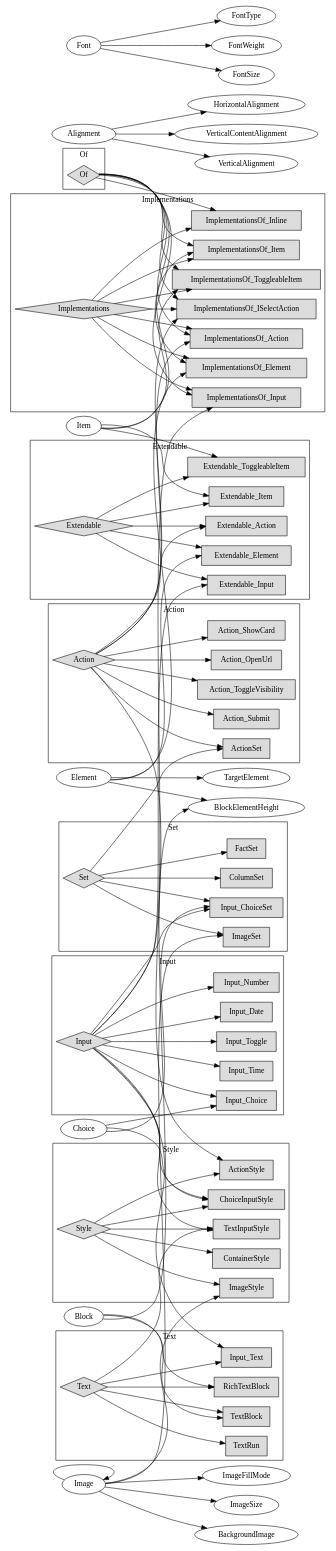
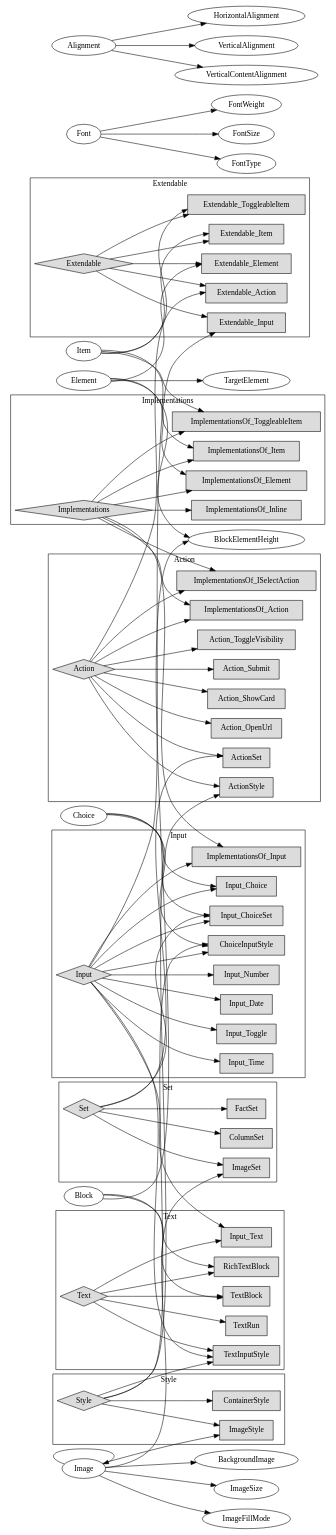
Before and after one commit to nathan-chappell/notes-on-bots: the diagram in sketches/botbuilder_schema_analysis/graph.gv, drawn with Graphviz. The commit also changed 3 other files, not shown here.

```diff
--- a/sketches/botbuilder_schema_analysis/graph.gv
+++ b/sketches/botbuilder_schema_analysis/graph.gv
@@ -5,46 +5,6 @@
     label=highIndegree
     node [style=filled, fillcolor=darkkhaki]
     
-  }
-  
-  
-  subgraph cluster_Implementations {
-    label=Implementations
-    node [style=filled, fillcolor=gainsboro]
-    Implementations [shape=diamond]
-    ImplementationsOf_Item [shape=box]
-    ImplementationsOf_Action [shape=box]
-    ImplementationsOf_ISelectAction [shape=box]
-    ImplementationsOf_Element [shape=box]
-    ImplementationsOf_ToggleableItem [shape=box]
-    ImplementationsOf_Inline [shape=box]
-    ImplementationsOf_Input [shape=box]
-  }
-  
-  
-  subgraph cluster_Style {
-    label=Style
-    node [style=filled, fillcolor=gainsboro]
-    Style [shape=diamond]
-    ActionStyle [shape=box]
-    ChoiceInputStyle [shape=box]
-    ContainerStyle [shape=box]
-    ImageStyle [shape=box]
-    TextInputStyle [shape=box]
-  }
-  
-  
-  subgraph cluster_Of {
-    label=Of
-    node [style=filled, fillcolor=gainsboro]
-    Of [shape=diamond]
-    ImplementationsOf_Item [shape=box]
-    ImplementationsOf_Action [shape=box]
-    ImplementationsOf_ISelectAction [shape=box]
-    ImplementationsOf_Element [shape=box]
-    ImplementationsOf_ToggleableItem [shape=box]
-    ImplementationsOf_Inline [shape=box]
-    ImplementationsOf_Input [shape=box]
   }
   
   
@@ -72,6 +32,24 @@
   }
   
   
+  subgraph cluster_Input {
+    label=Input
+    node [style=filled, fillcolor=gainsboro]
+    Input [shape=diamond]
+    Input_Choice [shape=box]
+    Input_ChoiceSet [shape=box]
+    Input_Date [shape=box]
+    Input_Number [shape=box]
+    Input_Text [shape=box]
+    Input_Time [shape=box]
+    Input_Toggle [shape=box]
+    ChoiceInputStyle [shape=box]
+    TextInputStyle [shape=box]
+    ImplementationsOf_Input [shape=box]
+    Extendable_Input [shape=box]
+  }
+  
+  
   subgraph cluster_Action {
     label=Action
     node [style=filled, fillcolor=gainsboro]
@@ -88,6 +66,18 @@
   }
   
   
+  subgraph cluster_Style {
+    label=Style
+    node [style=filled, fillcolor=gainsboro]
+    Style [shape=diamond]
+    ActionStyle [shape=box]
+    ChoiceInputStyle [shape=box]
+    ContainerStyle [shape=box]
+    ImageStyle [shape=box]
+    TextInputStyle [shape=box]
+  }
+  
+  
   subgraph cluster_Set {
     label=Set
     node [style=filled, fillcolor=gainsboro]
@@ -100,117 +90,105 @@
   }
   
   
-  subgraph cluster_Input {
-    label=Input
+  subgraph cluster_Implementations {
+    label=Implementations
     node [style=filled, fillcolor=gainsboro]
-    Input [shape=diamond]
-    Input_Choice [shape=box]
-    Input_ChoiceSet [shape=box]
-    Input_Date [shape=box]
-    Input_Number [shape=box]
-    Input_Text [shape=box]
-    Input_Time [shape=box]
-    Input_Toggle [shape=box]
-    ChoiceInputStyle [shape=box]
-    TextInputStyle [shape=box]
+    Implementations [shape=diamond]
+    ImplementationsOf_Item [shape=box]
+    ImplementationsOf_Action [shape=box]
+    ImplementationsOf_ISelectAction [shape=box]
+    ImplementationsOf_Element [shape=box]
+    ImplementationsOf_ToggleableItem [shape=box]
+    ImplementationsOf_Inline [shape=box]
     ImplementationsOf_Input [shape=box]
-    Extendable_Input [shape=box]
   }
-  //Implementations
-  Implementations -> ImplementationsOf_Input
-  Implementations -> ImplementationsOf_ToggleableItem
-  Implementations -> ImplementationsOf_ISelectAction
-  Implementations -> ImplementationsOf_Action
-  Implementations -> ImplementationsOf_Element
-  Implementations -> ImplementationsOf_Inline
-  Implementations -> ImplementationsOf_Item
-  //Element
-  Element -> TargetElement
-  Element -> BlockElementHeight
-  Element -> Extendable_Element
-  Element -> ImplementationsOf_Element
   //Block
   Block -> BlockElementHeight
   Block -> TextBlock
   Block -> RichTextBlock
-  //Style
-  Style -> TextInputStyle
-  Style -> ImageStyle
-  Style -> ChoiceInputStyle
-  Style -> ActionStyle
-  Style -> ContainerStyle
-  //Item
-  Item -> Extendable_ToggleableItem
-  Item -> ImplementationsOf_Item
-  Item -> Extendable_Item
-  Item -> ImplementationsOf_ToggleableItem
-  //Alignment
-  Alignment -> VerticalAlignment
-  Alignment -> HorizontalAlignment
-  Alignment -> VerticalContentAlignment
-  //Of
-  Of -> ImplementationsOf_Input
-  Of -> ImplementationsOf_ToggleableItem
-  Of -> ImplementationsOf_ISelectAction
-  Of -> ImplementationsOf_Action
-  Of -> ImplementationsOf_Element
-  Of -> ImplementationsOf_Inline
-  Of -> ImplementationsOf_Item
   //Extendable
-  Extendable -> Extendable_ToggleableItem
-  Extendable -> Extendable_Input
   Extendable -> Extendable_Action
   Extendable -> Extendable_Element
+  Extendable -> Extendable_Input
   Extendable -> Extendable_Item
+  Extendable -> Extendable_ToggleableItem
+  //Choice
+  Choice -> Input_Choice
+  Choice -> Input_ChoiceSet
+  Choice -> ChoiceInputStyle
   //Text
-  Text -> TextInputStyle
-  Text -> RichTextBlock
+  Text -> TextRun
   Text -> Input_Text
   Text -> TextBlock
-  Text -> TextRun
-  //Choice
-  Choice -> Input_ChoiceSet
-  Choice -> ChoiceInputStyle
-  Choice -> Input_Choice
+  Text -> RichTextBlock
+  Text -> TextInputStyle
+  //Input
+  Input -> Input_Choice
+  Input -> Input_Number
+  Input -> Input_Toggle
+  Input -> Input_ChoiceSet
+  Input -> Input_Text
+  Input -> Extendable_Input
+  Input -> Input_Time
+  Input -> ImplementationsOf_Input
+  Input -> ChoiceInputStyle
+  Input -> TextInputStyle
+  Input -> Input_Date
+  //Image
+  Image -> ImageFillMode
+  Image -> ImageSet
+  Image -> ImageStyle
+  Image -> Image
+  Image -> BackgroundImage
+  Image -> ImageSize
+  //Font
+  Font -> FontType
+  Font -> FontWeight
+  Font -> FontSize
   //Action
-  Action -> Action_ToggleVisibility
-  Action -> Action_OpenUrl
-  Action -> Action_Submit
-  Action -> ImplementationsOf_ISelectAction
-  Action -> ActionSet
-  Action -> ActionStyle
+  Action -> Action_ShowCard
   Action -> ImplementationsOf_Action
   Action -> Extendable_Action
-  Action -> Action_ShowCard
-  //Font
-  Font -> FontSize
-  Font -> FontType
-  Font -> FontWeight
+  Action -> Action_OpenUrl
+  Action -> ImplementationsOf_ISelectAction
+  Action -> ActionStyle
+  Action -> Action_Submit
+  Action -> Action_ToggleVisibility
+  Action -> ActionSet
+  //Style
+  Style -> ActionStyle
+  Style -> ImageStyle
+  Style -> ContainerStyle
+  Style -> ChoiceInputStyle
+  Style -> TextInputStyle
+  //Item
+  Item -> Extendable_Item
+  Item -> ImplementationsOf_Item
+  Item -> Extendable_ToggleableItem
+  Item -> ImplementationsOf_ToggleableItem
   //Set
+  Set -> Input_ChoiceSet
   Set -> ColumnSet
-  Set -> Input_ChoiceSet
+  Set -> ImageSet
   Set -> ActionSet
-  Set -> ImageSet
   Set -> FactSet
-  //Image
-  Image -> ImageSize
-  Image -> BackgroundImage
-  Image -> ImageStyle
-  Image -> ImageSet
-  Image -> Image
-  Image -> ImageFillMode
-  //Input
-  Input -> ImplementationsOf_Input
-  Input -> Input_Time
-  Input -> TextInputStyle
-  Input -> Input_ChoiceSet
-  Input -> Input_Date
-  Input -> Input_Toggle
-  Input -> Input_Text
-  Input -> ChoiceInputStyle
-  Input -> Input_Choice
-  Input -> Input_Number
-  Input -> Extendable_Input
+  //Element
+  Element -> TargetElement
+  Element -> ImplementationsOf_Element
+  Element -> BlockElementHeight
+  Element -> Extendable_Element
+  //Implementations
+  Implementations -> ImplementationsOf_Action
+  Implementations -> ImplementationsOf_Inline
+  Implementations -> ImplementationsOf_ISelectAction
+  Implementations -> ImplementationsOf_Element
+  Implementations -> ImplementationsOf_Item
+  Implementations -> ImplementationsOf_ToggleableItem
+  Implementations -> ImplementationsOf_Input
+  //Alignment
+  Alignment -> VerticalContentAlignment
+  Alignment -> HorizontalAlignment
+  Alignment -> VerticalAlignment
   //Action_OpenUrl
   //Action_ShowCard
   //Action_Submit
```
